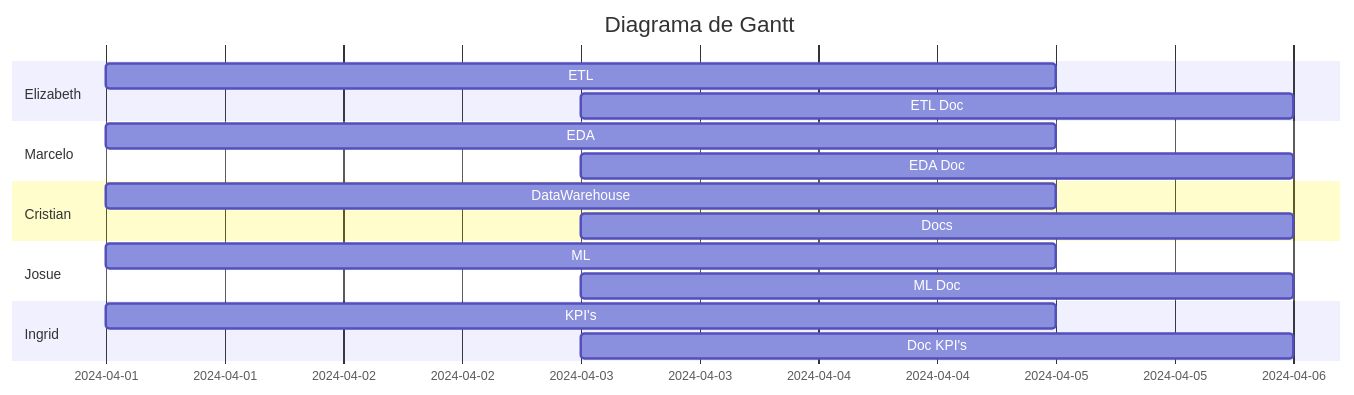
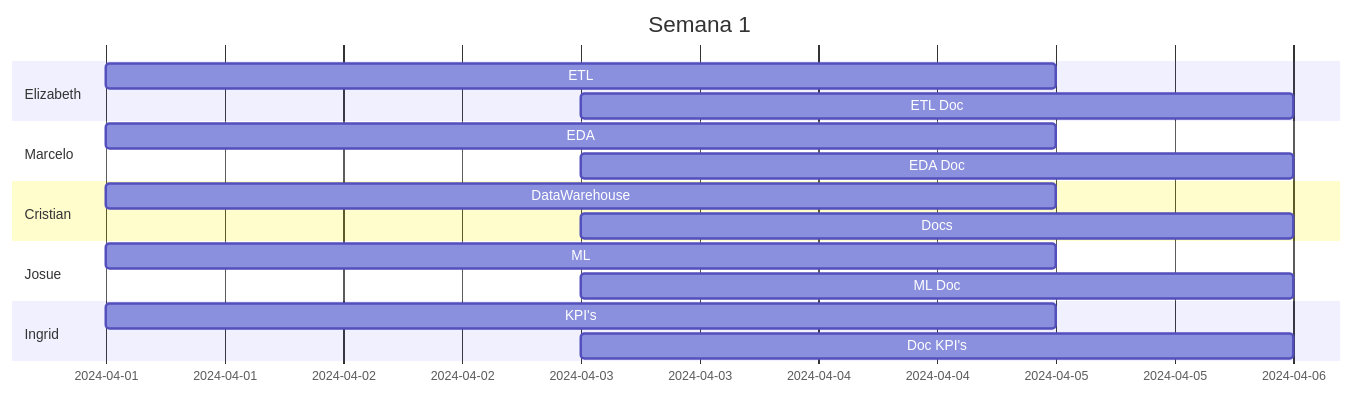
The diagram in README.md (marceloyuba/SDT), drawn with Mermaid before and after one commit.

````diff
--- a/README.md
+++ b/README.md
@@ -9,27 +9,27 @@
 ```mermaid
 gantt
-    title Diagrama de Gantt
+    title Semana 1
 
   section Elizabeth
     ETL           :a1, 2024-04-01, 4d
     ETL Doc    :after a1, 2024-04-03, 3d
 
     section Marcelo
     EDA           :a2, 2024-04-01, 4d
-    EDA Doc       :2024-04-03, 3d
+    EDA Doc       :after a2, 2024-04-03, 3d
 
     section Cristian
     DataWarehouse      :a3, 2024-04-01, 4d
-    Docs               :2024-04-03, 3d
+    Docs               :after a3, 2024-04-03, 3d
     
     section Josue
      ML           :a4, 2024-04-01, 4d
-    ML Doc        :2024-04-03, 3d
+    ML Doc        :after a4,2024-04-03, 3d
     
 
     section Ingrid
     KPI's          :a5, 2024-04-01, 4d
-    Doc KPI's       :2024-04-03, 3d
+    Doc KPI's       :after a5,2024-04-03, 3d
    
 
 ```
````
